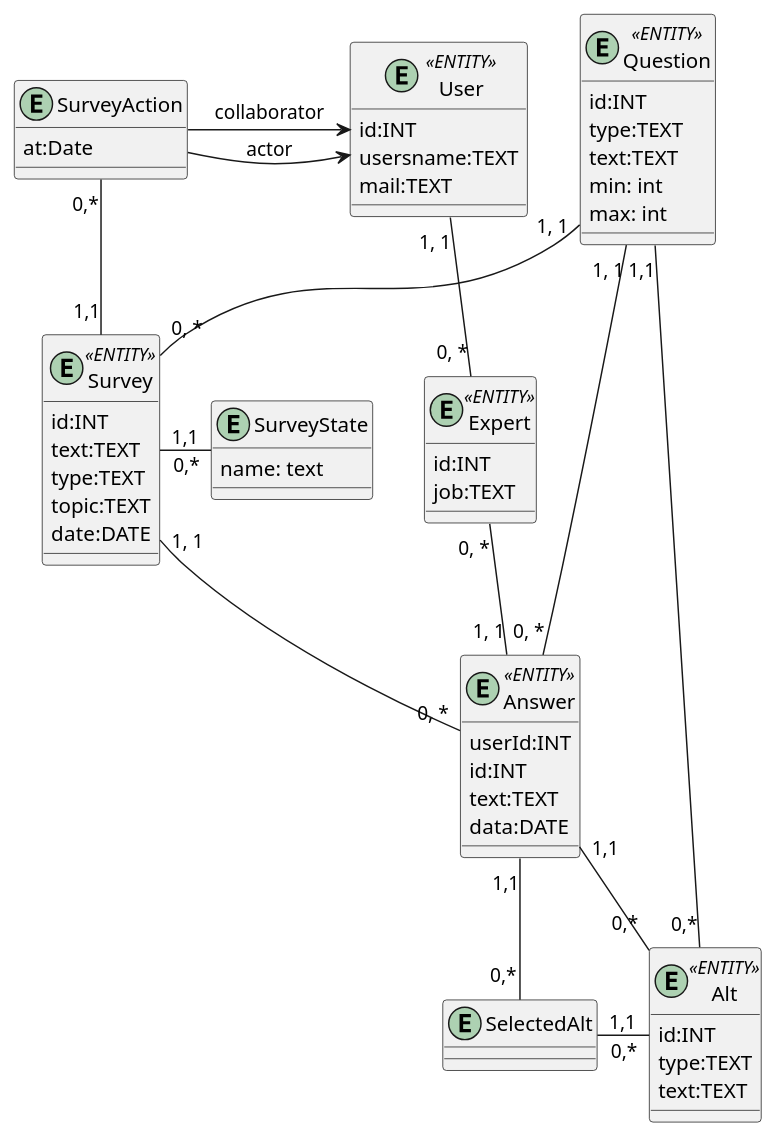
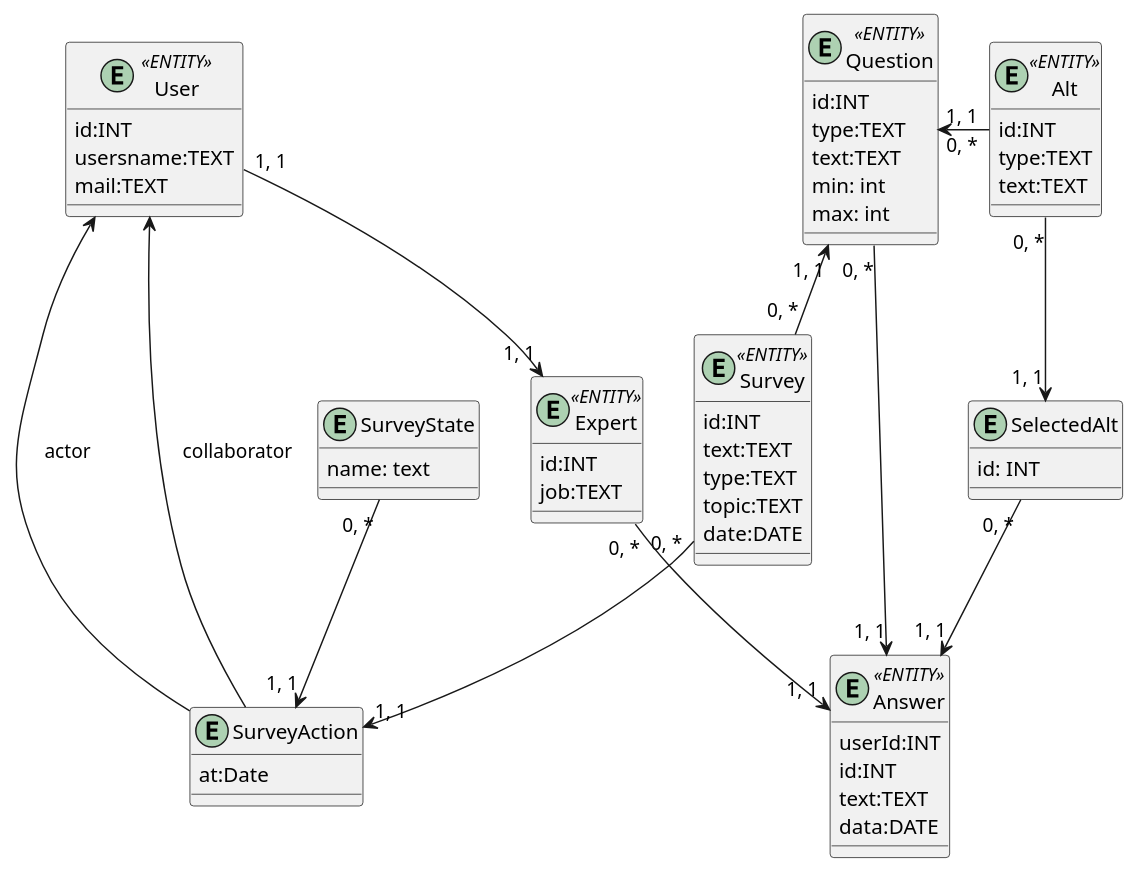
One commit to chuenkoD/expert-surveys changed the second of 2 diagrams in docs/design/README.md. Above: the diagram before and after it, drawn with PlantUML. The commit also changed other lines of this file, not shown here.

Commit message:
Update diagrams

```diff
--- a/docs/design/README.md
+++ b/docs/design/README.md
@@ -275,69 +271,69 @@
 @startuml
 entity User <<ENTITY>> {
     id:INT
     usersname:TEXT
     mail:TEXT
   }
   
   entity Expert <<ENTITY>>{
     id:INT
     job:TEXT
   }
   
   entity Survey <<ENTITY>>{
     id:INT
     text:TEXT
     type:TEXT
     topic:TEXT
     date:DATE
   }
   
   entity Question <<ENTITY>>{
     id:INT
     type:TEXT
     text:TEXT
     min: int
     max: int
   }
 
     entity Alt <<ENTITY>>{
         id:INT
         type:TEXT
         text:TEXT
     }
 
   entity Answer <<ENTITY>> {
     userId:INT
     id:INT
     text:TEXT
     data:DATE
   }
   
   entity SelectedAlt {
+id: INT
   }
   
   entity SurveyState {
     name: text
   }
   
   entity SurveyAction {
     at:Date
   }
   
   
 
-  SurveyAction -> User: actor
-  SurveyAction -u-> User: collaborator
+SurveyAction "1, 1" <-u- "0, *" SurveyState 
+SurveyAction "1, 1" <-u- "0, *" Survey
+SurveyAction -> User: actor
+SurveyAction -u-> User: collaborator
 
-  Answer "0, *" -u- "1, 1" Survey
-  Answer "0, *" -u- "1, 1" Question
-  Survey "0, *" -u- "1, 1" Question
-  Answer "1, 1" -u- "0, *" Expert
-  Expert "0, *" -u- "1, 1" User
-  Question "1,1" -d- "0,*" Alt
-  Answer "1,1" -d- "0,*" Alt
-  Answer"1,1" -d- "0,*" SelectedAlt
-  SelectedAlt"1,1"-r- "0,*"Alt
-  Survey "1,1" -r- "0,*" SurveyState
-  Survey "1,1" -l- "0,*" SurveyAction
+  Answer "1, 1" <-u- "0, *" Question
+  Survey "0, *" -u-> "1, 1" Question
+  Answer "1, 1" <-u- "0, *" Expert
+  Expert "1, 1" <-u- "1, 1" User
+  Question "1, 1"<- "0, *" Alt
+  
+  Answer "1, 1" <-u- "0, *" SelectedAlt
+  SelectedAlt "1, 1" <-u- "0, *" Alt
 @enduml
```
